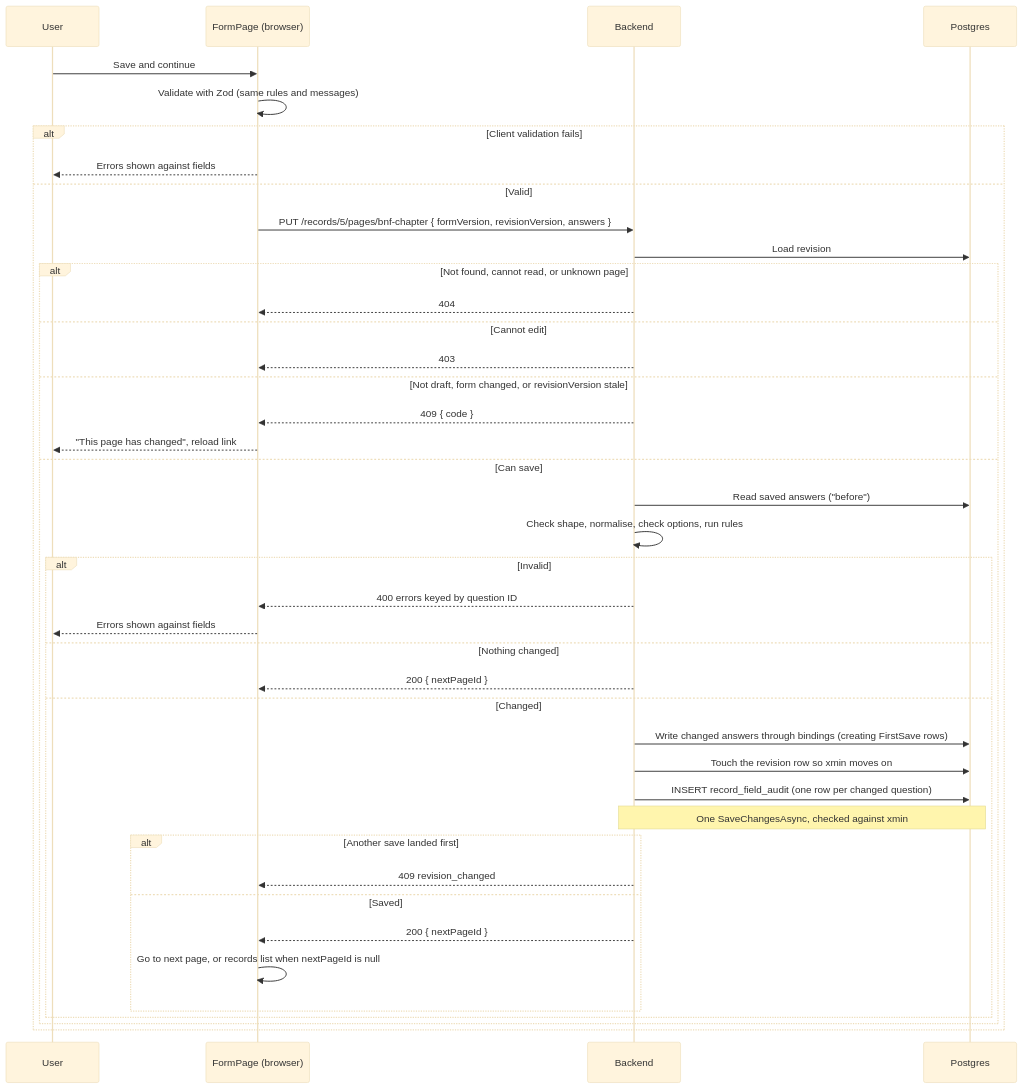
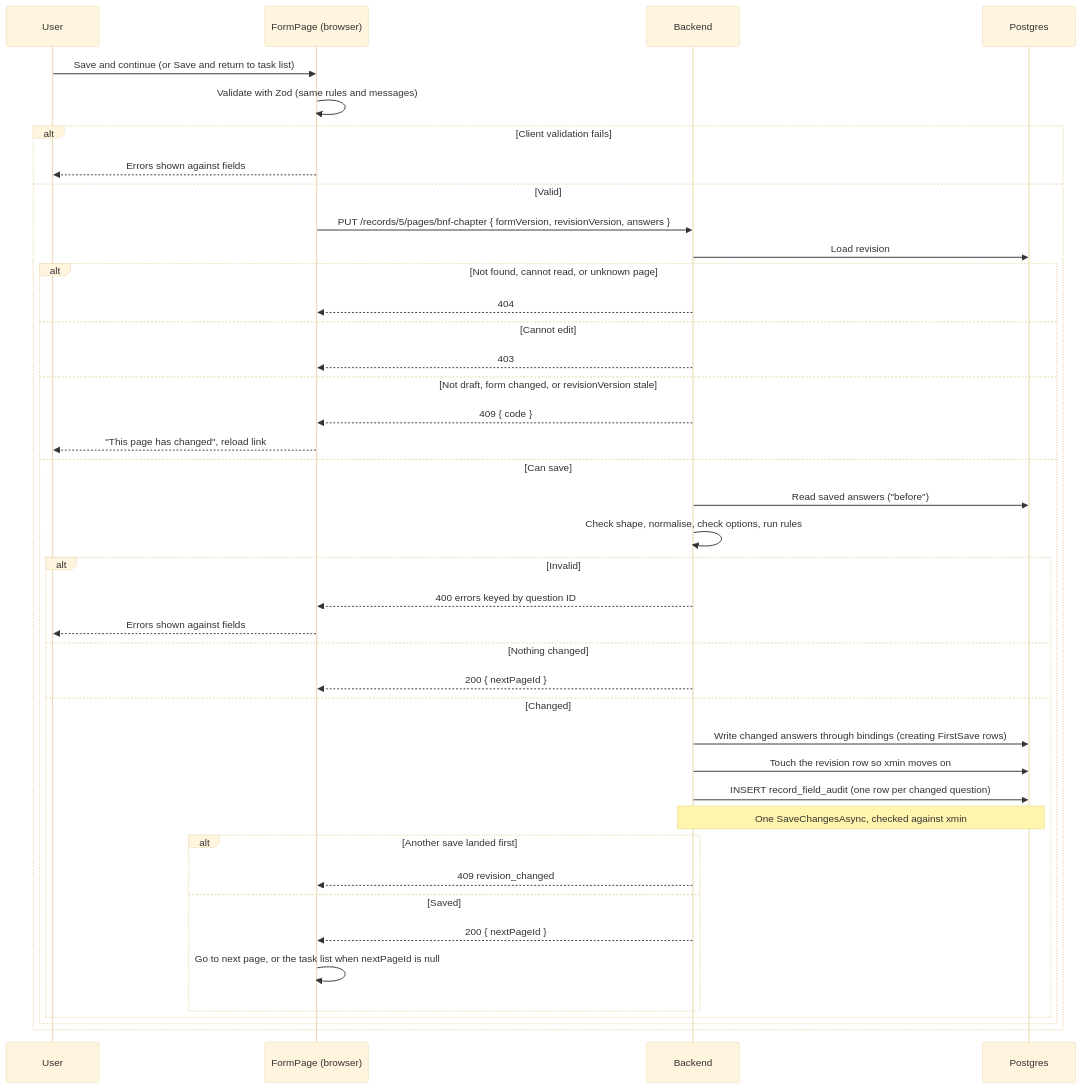
Before and after one commit to ditnice/aws-UKPS: the sixth of 6 diagrams in documentation/form-generation/high-level-design.md, drawn with Mermaid (base theme). The commit also changed other lines of this file and 27 other files, not shown here.

Commit message:
Make the task list the root of the record form journey and replace firstPageId with canEditContent

````diff
--- a/documentation/form-generation/high-level-design.md
+++ b/documentation/form-generation/high-level-design.md
@@ -475,43 +477,43 @@
 ```mermaid
 sequenceDiagram
     participant U as User
     participant F as FormPage (browser)
     participant B as Backend
     participant P as Postgres
-    U->>F: Save and continue
+    U->>F: Save and continue (or Save and return to task list)
     F->>F: Validate with Zod (same rules and messages)
     alt Client validation fails
         F-->>U: Errors shown against fields
     else Valid
         F->>B: PUT /records/5/pages/bnf-chapter { formVersion, revisionVersion, answers }
         B->>P: Load revision
         alt Not found, cannot read, or unknown page
             B-->>F: 404
         else Cannot edit
             B-->>F: 403
         else Not draft, form changed, or revisionVersion stale
             B-->>F: 409 { code }
             F-->>U: "This page has changed", reload link
         else Can save
             B->>P: Read saved answers ("before")
             B->>B: Check shape, normalise, check options, run rules
             alt Invalid
                 B-->>F: 400 errors keyed by question ID
                 F-->>U: Errors shown against fields
             else Nothing changed
                 B-->>F: 200 { nextPageId }
             else Changed
                 B->>P: Write changed answers through bindings (creating FirstSave rows)
                 B->>P: Touch the revision row so xmin moves on
                 B->>P: INSERT record_field_audit (one row per changed question)
                 Note over B,P: One SaveChangesAsync, checked against xmin
                 alt Another save landed first
                     B-->>F: 409 revision_changed
                 else Saved
                     B-->>F: 200 { nextPageId }
-                    F->>F: Go to next page, or records list when nextPageId is null
+                    F->>F: Go to next page, or the task list when nextPageId is null
                 end
             end
         end
     end
 ```
````
